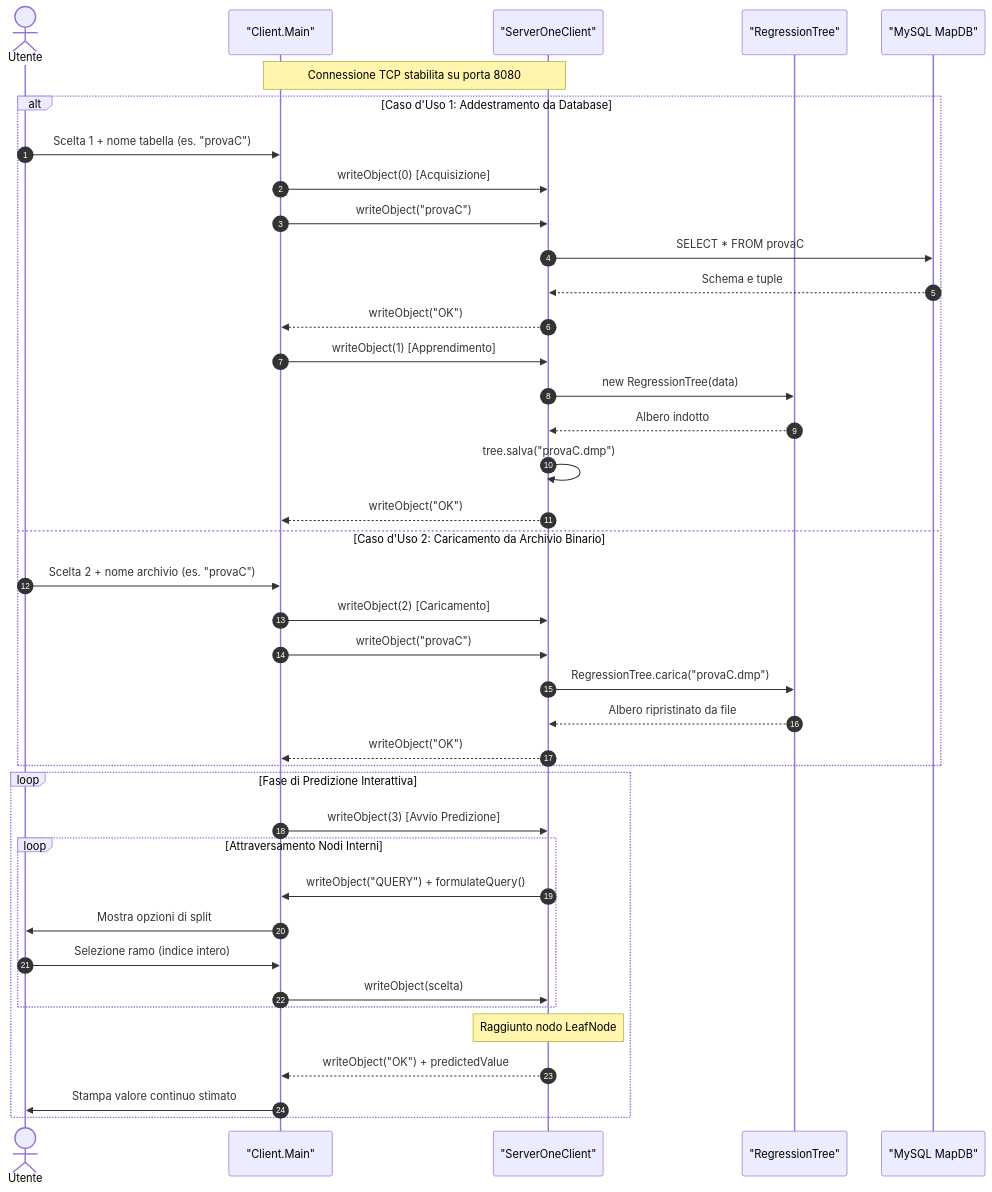
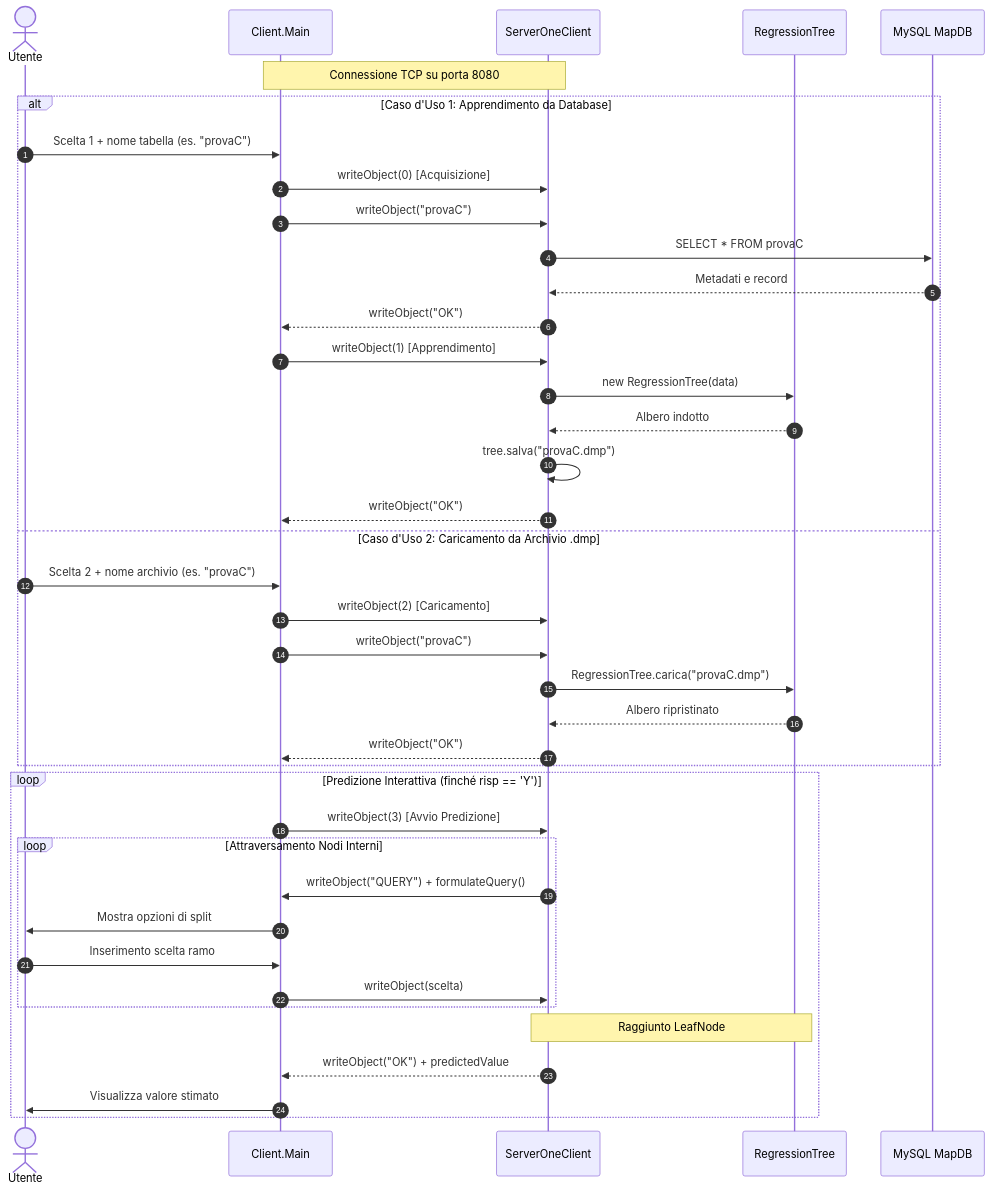
One commit to MarcoDiana/Albero_di_regressione changed the second of 3 diagrams in docs/guida-tecnica.md. Above: the diagram before and after it, drawn with Mermaid. The commit also changed other lines of this file and 6 other files, not shown here.

Commit message:
docs: enlarge and scale mermaid diagrams to full width with larger typography

````diff
--- a/docs/guida-tecnica.md
+++ b/docs/guida-tecnica.md
@@ -106,45 +106,45 @@
 ```mermaid
 sequenceDiagram
     autonumber
-    actor Utente
-    participant Client as "Client.Main"
-    participant Server as "ServerOneClient"
-    participant Engine as "RegressionTree"
-    participant DB as "MySQL MapDB"
+    actor Utente as Utente
+    participant Client as Client.Main
+    participant Server as ServerOneClient
+    participant Engine as RegressionTree
+    participant DB as MySQL MapDB
 
-    Note over Client,Server: Connessione TCP stabilita su porta 8080
+    Note over Client,Server: Connessione TCP su porta 8080
 
-    alt Caso d'Uso 1: Addestramento da Database
+    alt Caso d'Uso 1: Apprendimento da Database
         Utente->>Client: Scelta 1 + nome tabella (es. "provaC")
         Client->>Server: writeObject(0) [Acquisizione]
         Client->>Server: writeObject("provaC")
         Server->>DB: SELECT * FROM provaC
-        DB-->>Server: Schema e tuple
+        DB-->>Server: Metadati e record
         Server-->>Client: writeObject("OK")
         Client->>Server: writeObject(1) [Apprendimento]
         Server->>Engine: new RegressionTree(data)
         Engine-->>Server: Albero indotto
         Server->>Server: tree.salva("provaC.dmp")
         Server-->>Client: writeObject("OK")
-    else Caso d'Uso 2: Caricamento da Archivio Binario
+    else Caso d'Uso 2: Caricamento da Archivio .dmp
         Utente->>Client: Scelta 2 + nome archivio (es. "provaC")
         Client->>Server: writeObject(2) [Caricamento]
         Client->>Server: writeObject("provaC")
         Server->>Engine: RegressionTree.carica("provaC.dmp")
-        Engine-->>Server: Albero ripristinato da file
+        Engine-->>Server: Albero ripristinato
         Server-->>Client: writeObject("OK")
     end
 
-    loop Fase di Predizione Interattiva
+    loop Predizione Interattiva (finché risp == 'Y')
         Client->>Server: writeObject(3) [Avvio Predizione]
         loop Attraversamento Nodi Interni
             Server->>Client: writeObject("QUERY") + formulateQuery()
             Client->>Utente: Mostra opzioni di split
-            Utente->>Client: Selezione ramo (indice intero)
+            Utente->>Client: Inserimento scelta ramo
             Client->>Server: writeObject(scelta)
         end
-        Note over Server: Raggiunto nodo LeafNode
+        Note over Server,Engine: Raggiunto LeafNode
         Server-->>Client: writeObject("OK") + predictedValue
-        Client->>Utente: Stampa valore continuo stimato
+        Client->>Utente: Visualizza valore stimato
     end
 ```
````
